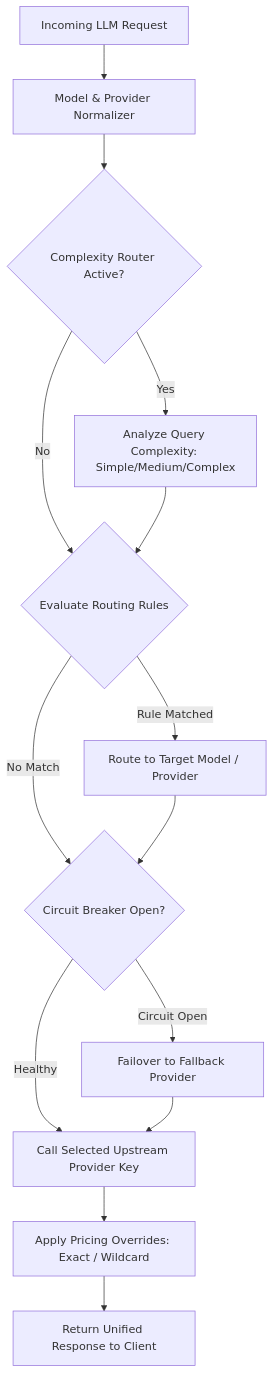
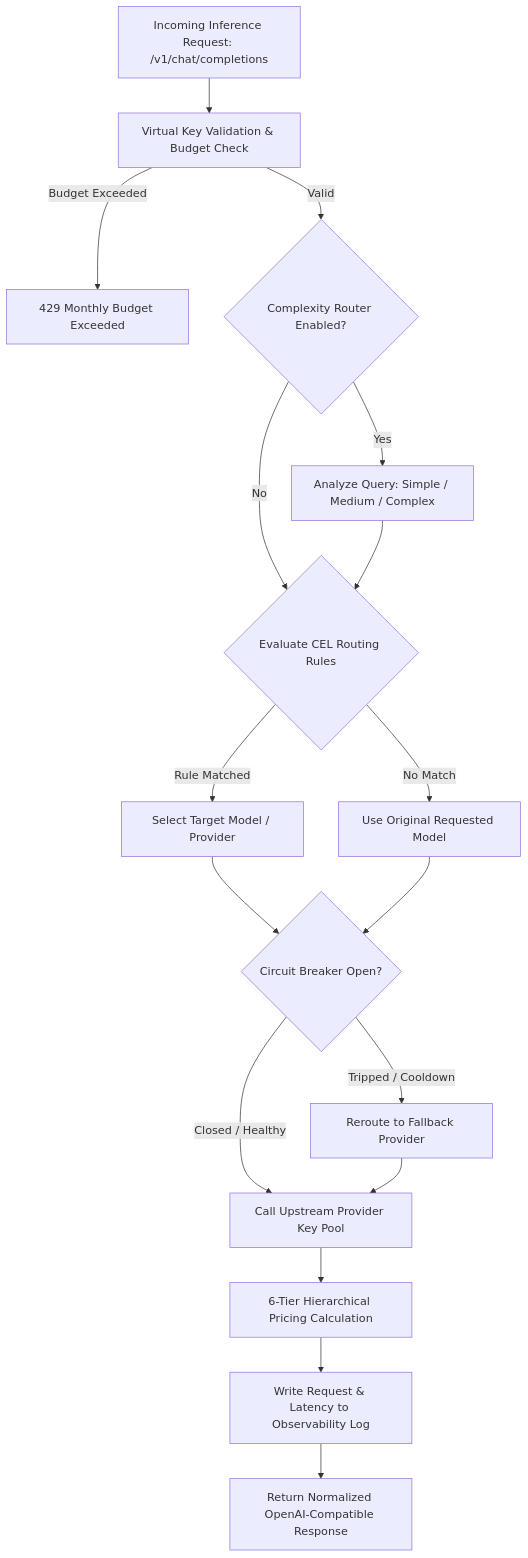
Before and after one commit to THIRUPUGAL-2003/unifai_product: the first of 6 diagrams in Models.md, drawn with Mermaid. The commit also changed other lines of this file and 8 other files, not shown here.

````diff
--- a/Models.md
+++ b/Models.md
@@ -11,16 +42,19 @@
 ```mermaid
 flowchart TD
-    Req[Incoming LLM Request] --> Norm[Model & Provider Normalizer]
-    Norm --> CompRouter{Complexity Router Active?}
-    CompRouter -->|Yes| CompEngine[Analyze Query Complexity: Simple/Medium/Complex]
-    CompRouter -->|No| RoutingCEL{Evaluate Routing Rules}
+    Inbound[Incoming Inference Request: /v1/chat/completions] --> AuthVK[Virtual Key Validation & Budget Check]
+    AuthVK -->|Budget Exceeded| RejectBudget[429 Monthly Budget Exceeded]
+    AuthVK -->|Valid| CompRouter{Complexity Router Enabled?}
+    CompRouter -->|Yes| CompEngine[Analyze Query: Simple / Medium / Complex]
+    CompRouter -->|No| RoutingCEL{Evaluate CEL Routing Rules}
     CompEngine --> RoutingCEL
-    RoutingCEL -->|Rule Matched| Reroute[Route to Target Model / Provider]
-    RoutingCEL -->|No Match| CircuitCheck{Circuit Breaker Open?}
-    Reroute --> CircuitCheck
-    CircuitCheck -->|Circuit Open| Failover[Failover to Fallback Provider]
-    CircuitCheck -->|Healthy| Upstream[Call Selected Upstream Provider Key]
-    Failover --> Upstream
-    Upstream --> PriceEngine[Apply Pricing Overrides: Exact / Wildcard]
-    PriceEngine --> Resp[Return Unified Response to Client]
+    RoutingCEL -->|Rule Matched| TargetRoute[Select Target Model / Provider]
+    RoutingCEL -->|No Match| DefaultRoute[Use Original Requested Model]
+    TargetRoute --> CircuitCheck{Circuit Breaker Open?}
+    DefaultRoute --> CircuitCheck
+    CircuitCheck -->|Tripped / Cooldown| SwapFallback[Reroute to Fallback Provider]
+    CircuitCheck -->|Closed / Healthy| ForwardUpstream[Call Upstream Provider Key Pool]
+    SwapFallback --> ForwardUpstream
+    ForwardUpstream --> PricingResolution[6-Tier Hierarchical Pricing Calculation]
+    PricingResolution --> RecordLog[Write Request & Latency to Observability Log]
+    RecordLog --> ClientResponse[Return Normalized OpenAI-Compatible Response]
 ```
````
